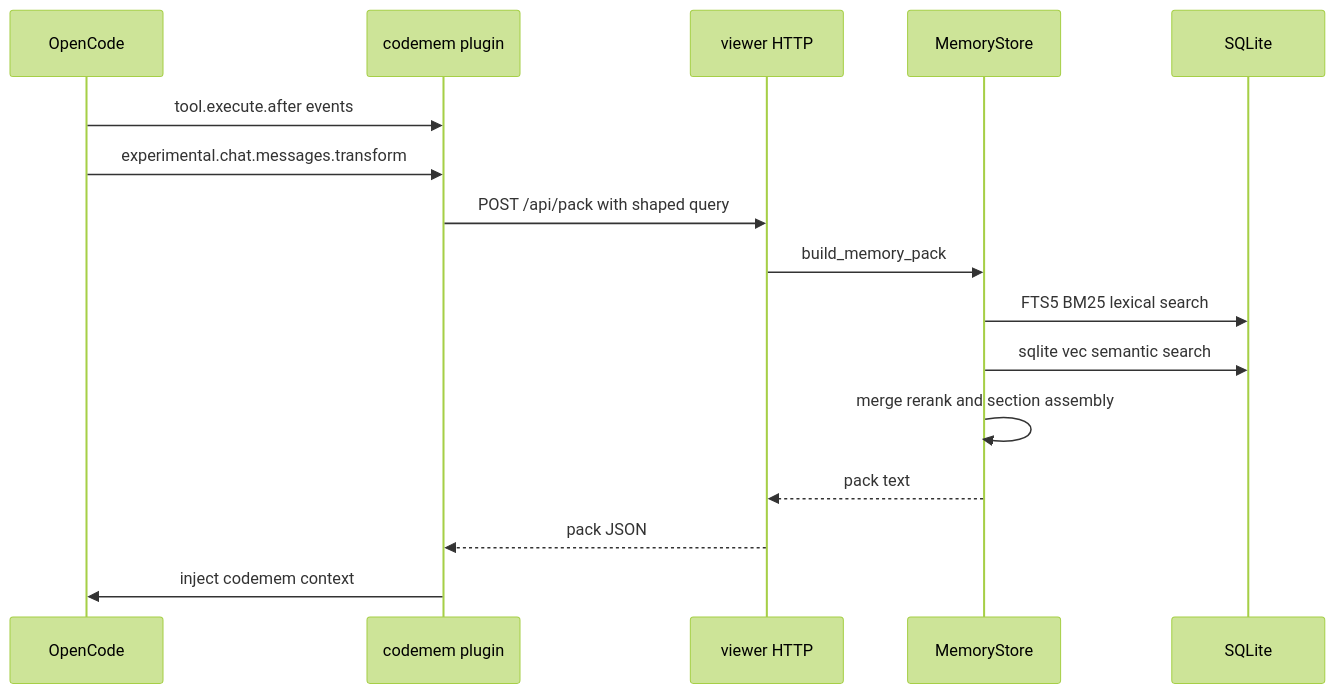
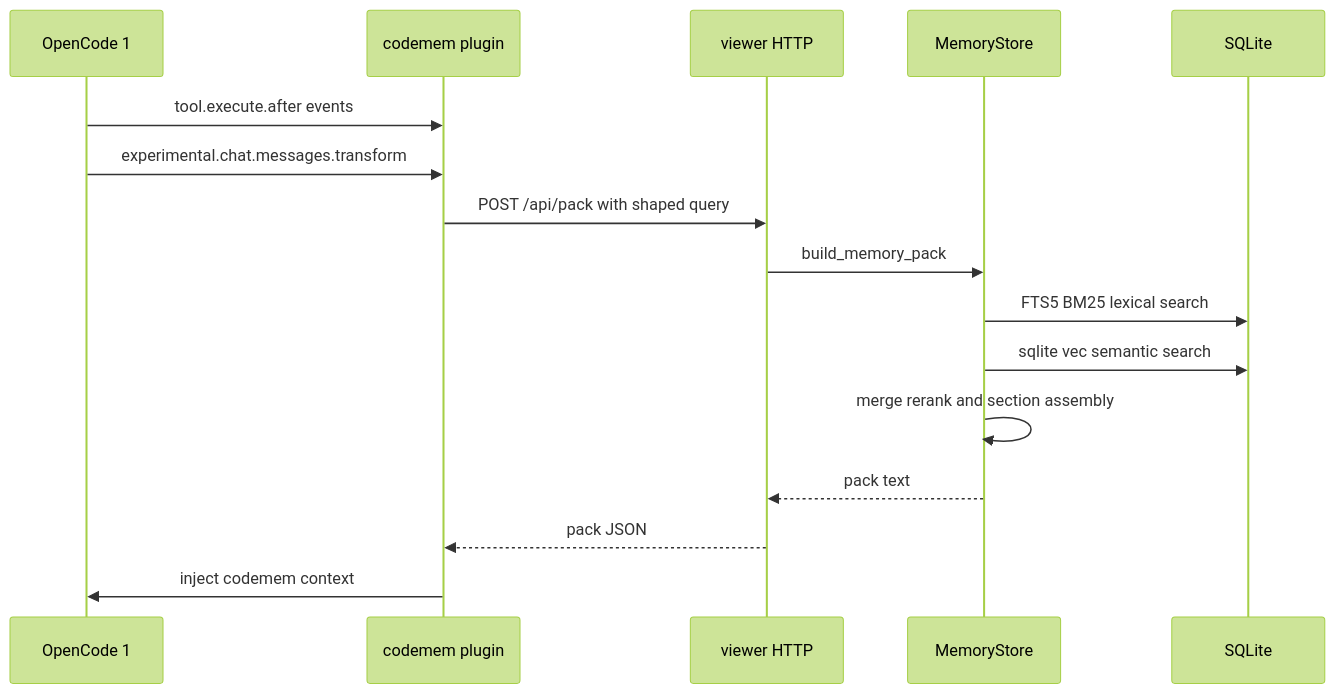
The diagram in README.md (kunickiaj/codemem), drawn with Mermaid (forest theme) before and after one commit. The commit also changed other lines of this file and 12 other files, not shown here.

````diff
--- a/README.md
+++ b/README.md
@@ -181,19 +187,19 @@
 ```mermaid
 sequenceDiagram
-participant OC as OpenCode
+participant OC as OpenCode 1
 participant PL as codemem plugin
 participant VW as viewer HTTP
 participant ST as MemoryStore
 participant DB as SQLite
 
 OC->>PL: tool.execute.after events
 OC->>PL: experimental.chat.messages.transform
 PL->>VW: POST /api/pack with shaped query
 VW->>ST: build_memory_pack
 ST->>DB: FTS5 BM25 lexical search
 ST->>DB: sqlite vec semantic search
 ST->>ST: merge rerank and section assembly
 ST-->>VW: pack text
 VW-->>PL: pack JSON
 PL->>OC: inject codemem context
 ```
````
